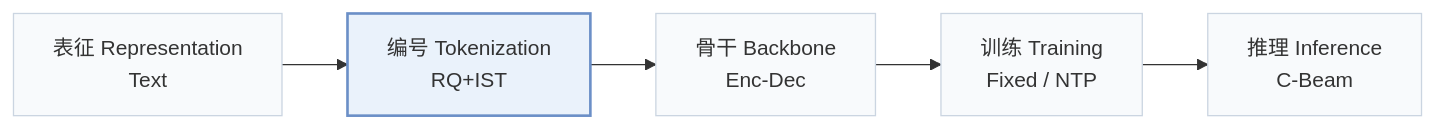
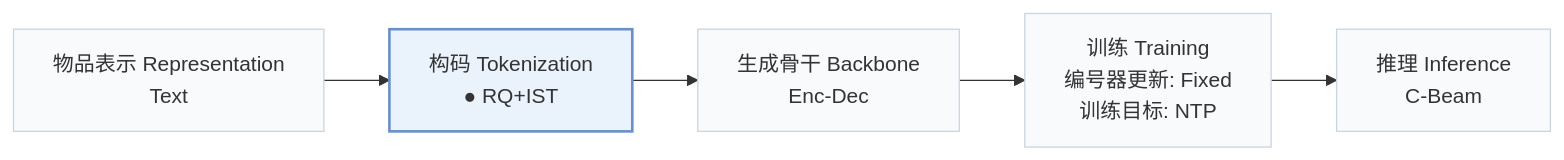
Before and after one commit to Galaxy-ghost/Awesome-SID-Generative-Rec: the first of 2 diagrams in pages/zh/papers/sst.md, drawn with Mermaid. The commit also changed other lines of this file and 558 other files, not shown here.

````diff
--- a/pages/zh/papers/sst.md
+++ b/pages/zh/papers/sst.md
@@ -15,8 +18,8 @@
 ```mermaid
 flowchart LR
-    R["表征 Representation<br/>Text"] --> T["编号 Tokenization<br/>RQ+IST"] --> B["骨干 Backbone<br/>Enc-Dec"] --> TR["训练 Training<br/>Fixed / NTP"] --> I["推理 Inference<br/>C-Beam"]
+    R["物品表示 Representation<br/>Text"] --> T["构码 Tokenization<br/>● RQ+IST"] --> B["生成骨干 Backbone<br/>Enc-Dec"] --> TR["训练 Training<br/>编号器更新: Fixed<br/>训练目标: NTP"] --> I["推理 Inference<br/>C-Beam"]
     classDef base fill:#f8fafc,stroke:#cbd5e1
     class R,T,B,TR,I base
     classDef main fill:#eaf2fb,stroke:#6b8fc7,stroke-width:2px
     class T main
 ```
````
